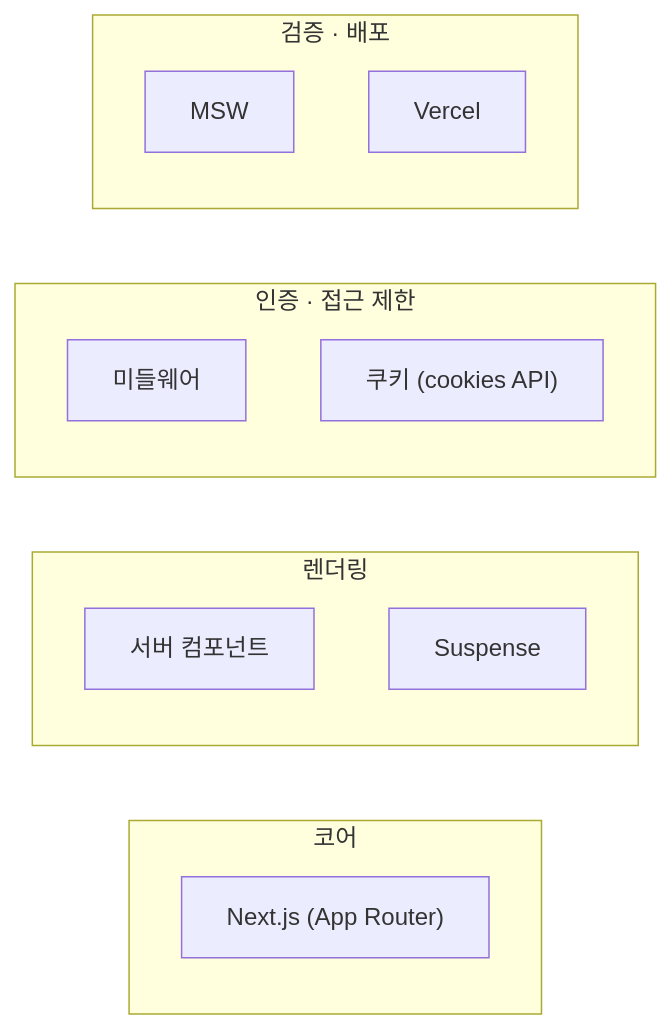
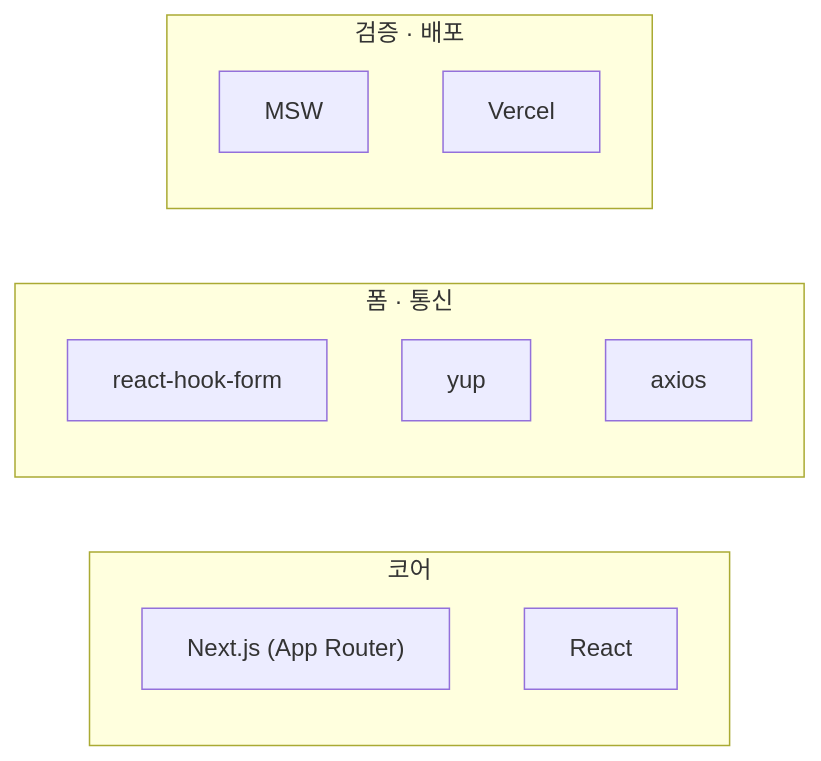
The first of 6 diagrams in markdown/2024-07-22-project/ko/content.mdx (codefug/codefug.github.io), drawn with Mermaid before and after one commit. The commit also changed 5 other files, not shown here.

````diff
--- a/markdown/2024-07-22-project/ko/content.mdx
+++ b/markdown/2024-07-22-project/ko/content.mdx
@@ -18,18 +18,16 @@
 ```mermaid
 flowchart LR
   subgraph core["코어"]
     A["Next.js (App Router)"]
+    B["React"]
   end
-  subgraph render["렌더링"]
-    B["서버 컴포넌트"]
-    C["Suspense"]
-  end
-  subgraph authz["인증 · 접근 제한"]
-    D["미들웨어"]
-    E["쿠키 (cookies API)"]
+  subgraph form["폼 · 통신"]
+    C["react-hook-form"]
+    D["yup"]
+    E["axios"]
   end
   subgraph infra["검증 · 배포"]
     F["MSW"]
     G["Vercel"]
   end
 ```
````
